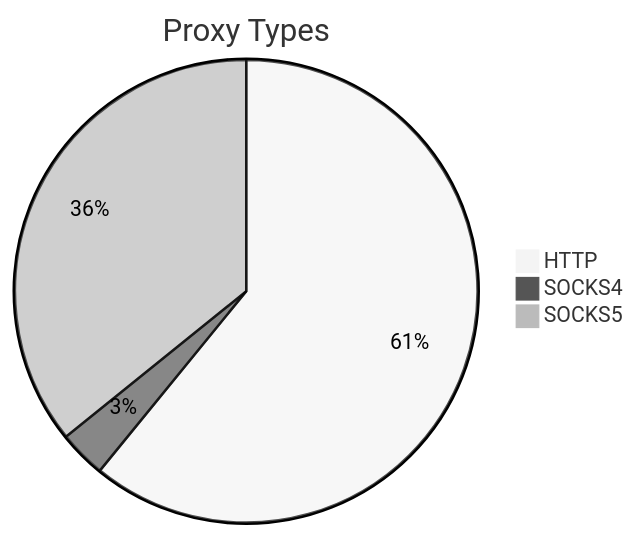
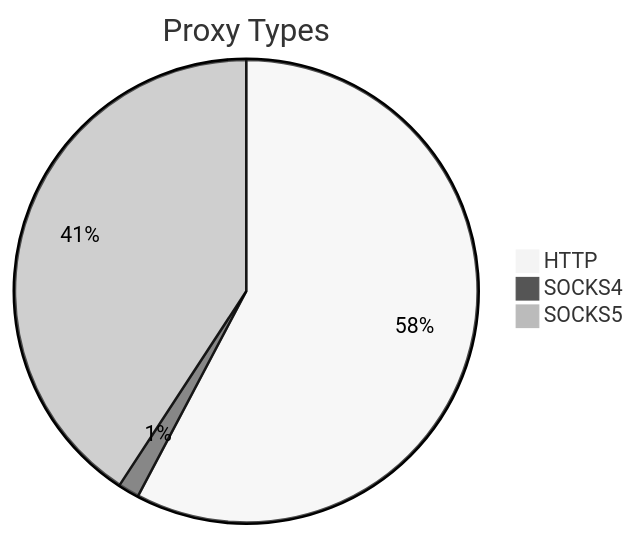
The first of 2 diagrams in README.md (stormsia/proxy-list), drawn with Mermaid (neutral theme) before and after one commit. The commit also changed other lines of this file, not shown here.

````diff
--- a/README.md
+++ b/README.md
@@ -21,6 +21,6 @@
 ```mermaid
 pie title Proxy Types
-    "HTTP" : 517
-    "SOCKS4" : 28
-    "SOCKS5" : 304
+    "HTTP" : 470
+    "SOCKS4" : 12
+    "SOCKS5" : 332
 ```
````
